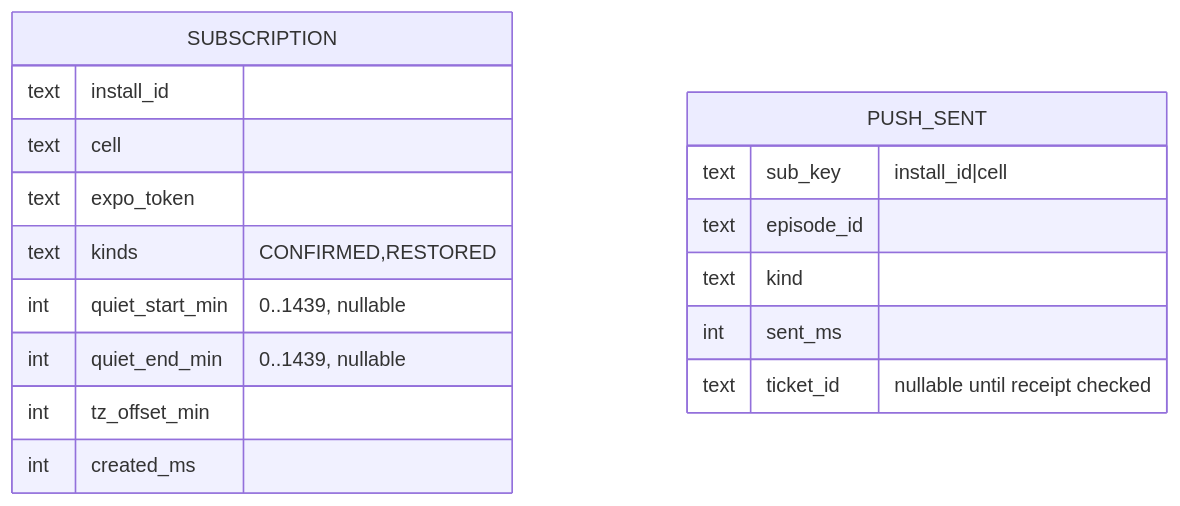
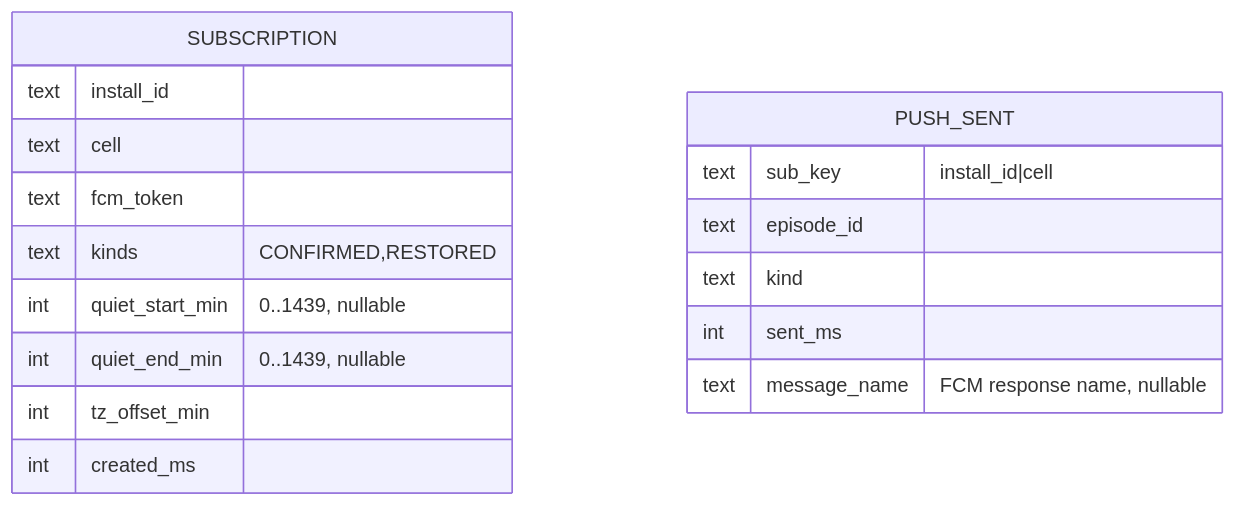
Before and after one commit to 3akare/outage: the fourth of 5 diagrams in .kiro/specs/alerts-and-light-alarm/design.md, drawn with Mermaid. The commit also changed other lines of this file and 108 other files, not shown here.

````diff
--- a/.kiro/specs/alerts-and-light-alarm/design.md
+++ b/.kiro/specs/alerts-and-light-alarm/design.md
@@ -150,20 +152,20 @@
 ```mermaid
 erDiagram
     SUBSCRIPTION {
         text install_id
         text cell
-        text expo_token
+        text fcm_token
         text kinds "CONFIRMED,RESTORED"
         int quiet_start_min "0..1439, nullable"
         int quiet_end_min "0..1439, nullable"
         int tz_offset_min
         int created_ms
     }
     PUSH_SENT {
         text sub_key "install_id|cell"
         text episode_id
         text kind
         int sent_ms
-        text ticket_id "nullable until receipt checked"
+        text message_name "FCM response name, nullable"
     }
 ```
````
